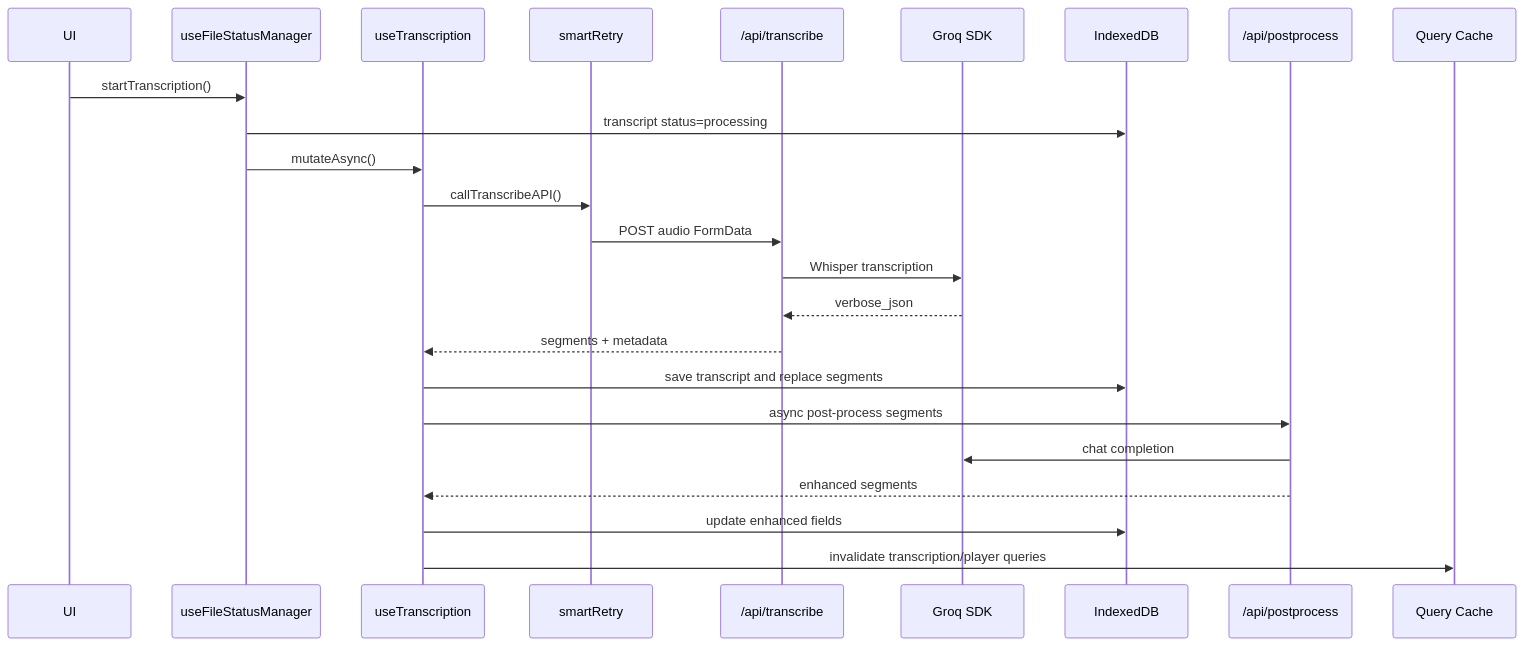
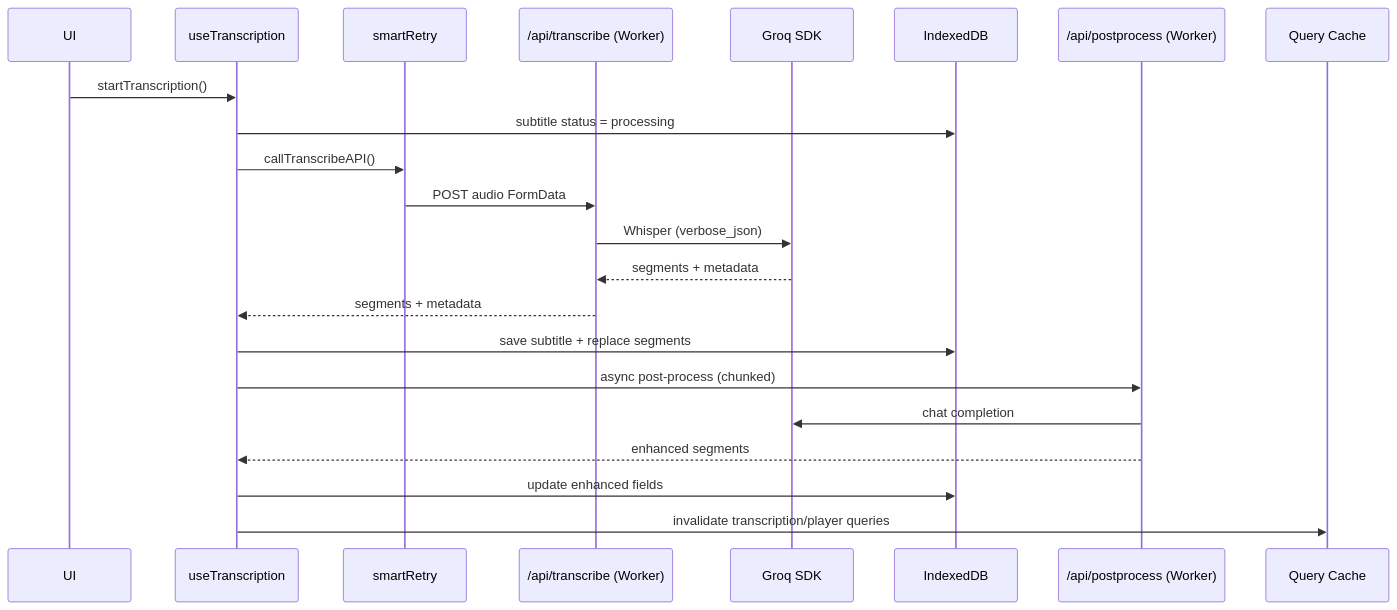
One commit to youming-ai/shadowing-learning changed the third of 3 diagrams in docs/ARCHITECTURE.md. Above: the diagram before and after it, drawn with Mermaid. The commit also changed other lines of this file and 31 other files, not shown here.

````diff
--- a/docs/ARCHITECTURE.md
+++ b/docs/ARCHITECTURE.md
@@ -199,27 +218,25 @@
 ```mermaid
 sequenceDiagram
     participant UI
-    participant Status as useFileStatusManager
     participant Mut as useTranscription
     participant Retry as smartRetry
-    participant API as /api/transcribe
+    participant API as /api/transcribe (Worker)
     participant Groq as Groq SDK
     participant DB as IndexedDB
-    participant Post as /api/postprocess
+    participant Post as /api/postprocess (Worker)
     participant Query as Query Cache
 
-    UI->>Status: startTranscription()
-    Status->>DB: transcript status=processing
-    Status->>Mut: mutateAsync()
+    UI->>Mut: startTranscription()
+    Mut->>DB: subtitle status = processing
     Mut->>Retry: callTranscribeAPI()
     Retry->>API: POST audio FormData
-    API->>Groq: Whisper transcription
-    Groq-->>API: verbose_json
+    API->>Groq: Whisper (verbose_json)
+    Groq-->>API: segments + metadata
     API-->>Mut: segments + metadata
-    Mut->>DB: save transcript and replace segments
-    Mut->>Post: async post-process segments
+    Mut->>DB: save subtitle + replace segments
+    Mut->>Post: async post-process (chunked)
     Post->>Groq: chat completion
     Post-->>Mut: enhanced segments
     Mut->>DB: update enhanced fields
     Mut->>Query: invalidate transcription/player queries
 ```
````
